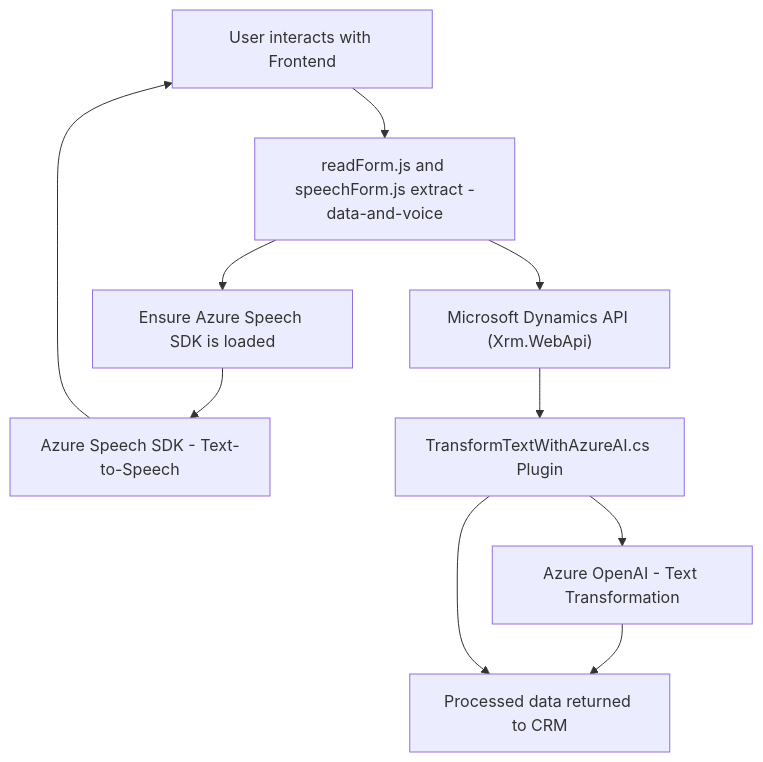
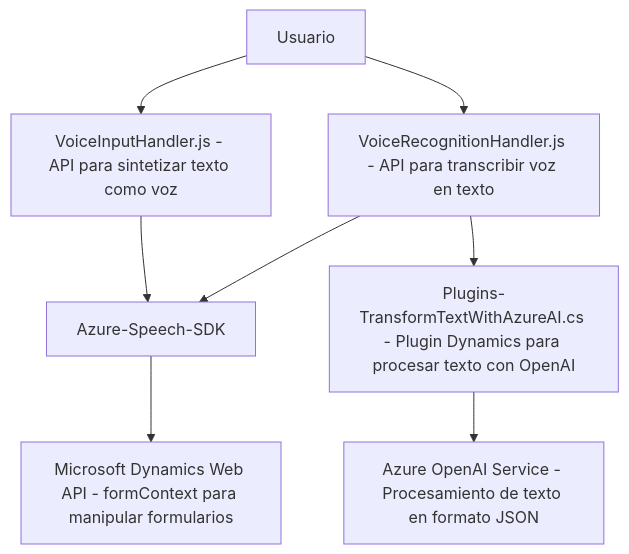
Before and after one commit to blopezdm/NETCORE_BILBAO2025: the diagram in README.md, drawn with Mermaid. The commit also changed other lines of this file, not shown here.

Commit message:
Actualizar análisis global de la solución con IA

````diff
--- a/README.md
+++ b/README.md
@@ -55,21 +46,10 @@
 ```mermaid
 graph TD
-    A["User interacts with Frontend"]
-    B["readForm.js and speechForm.js extract -data-and-voice"]
-    C["Ensure Azure Speech SDK is loaded"]
-    D["Azure Speech SDK - Text-to-Speech"]
-    E["Microsoft Dynamics API (Xrm.WebApi)"]
-    F["TransformTextWithAzureAI.cs Plugin"]
-    G["Azure OpenAI - Text Transformation"]
-    H["Processed data returned to CRM"]
-    
-    A --> B
-    B --> C
+    A[Usuario] --> B["VoiceInputHandler.js - API para sintetizar texto como voz"]
+    A --> C["VoiceRecognitionHandler.js - API para transcribir voz en texto"]
+    B --> D["Azure-Speech-SDK"]
     C --> D
-    B --> E
-    E --> F
-    F --> G
-    G --> H
-    F --> H
-    D --> A
+    D --> E["Microsoft Dynamics Web API - formContext para manipular formularios"]
+    C --> F["Plugins-TransformTextWithAzureAI.cs - Plugin Dynamics para procesar texto con OpenAI"]
+    F --> G["Azure OpenAI Service - Procesamiento de texto en formato JSON"]
 ```
````
